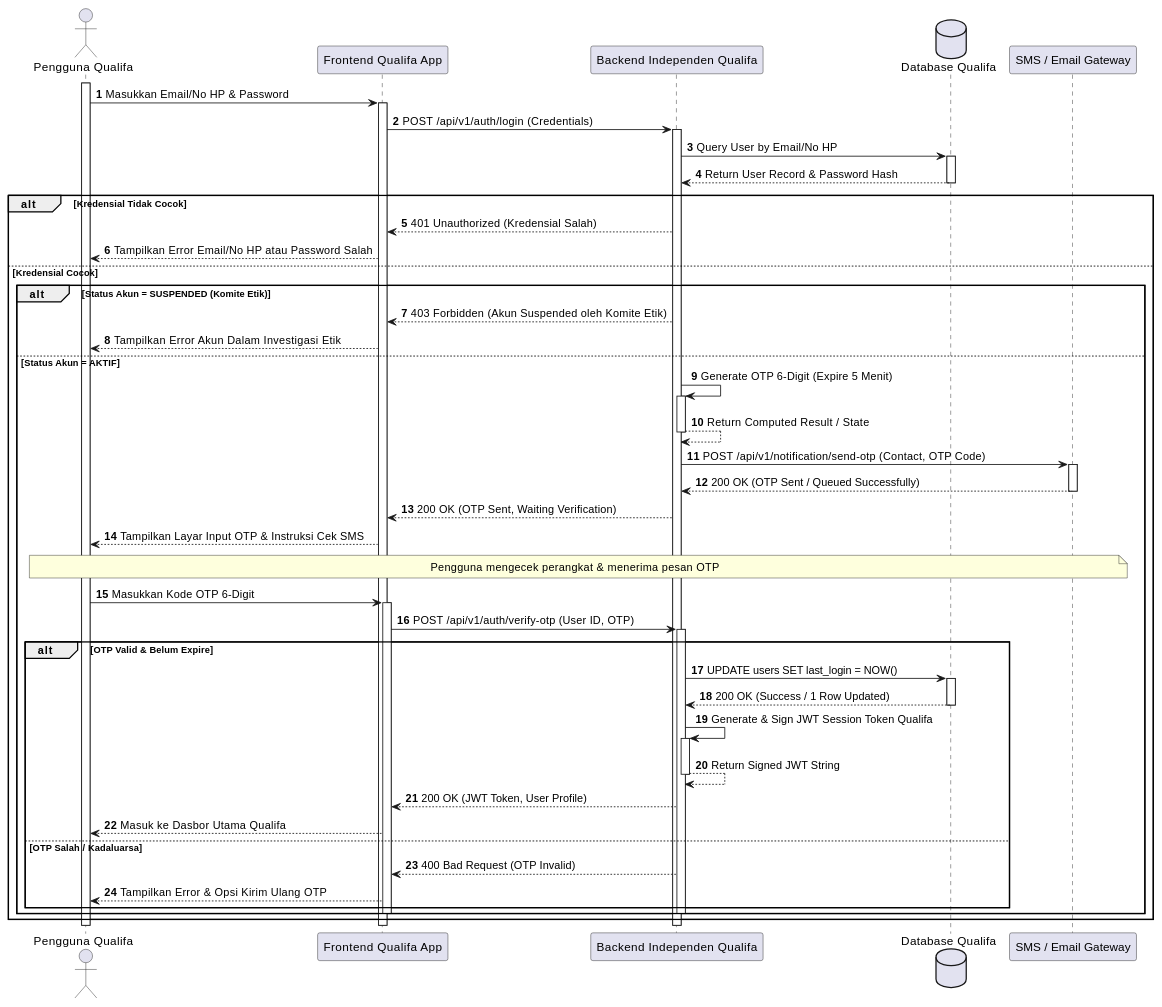
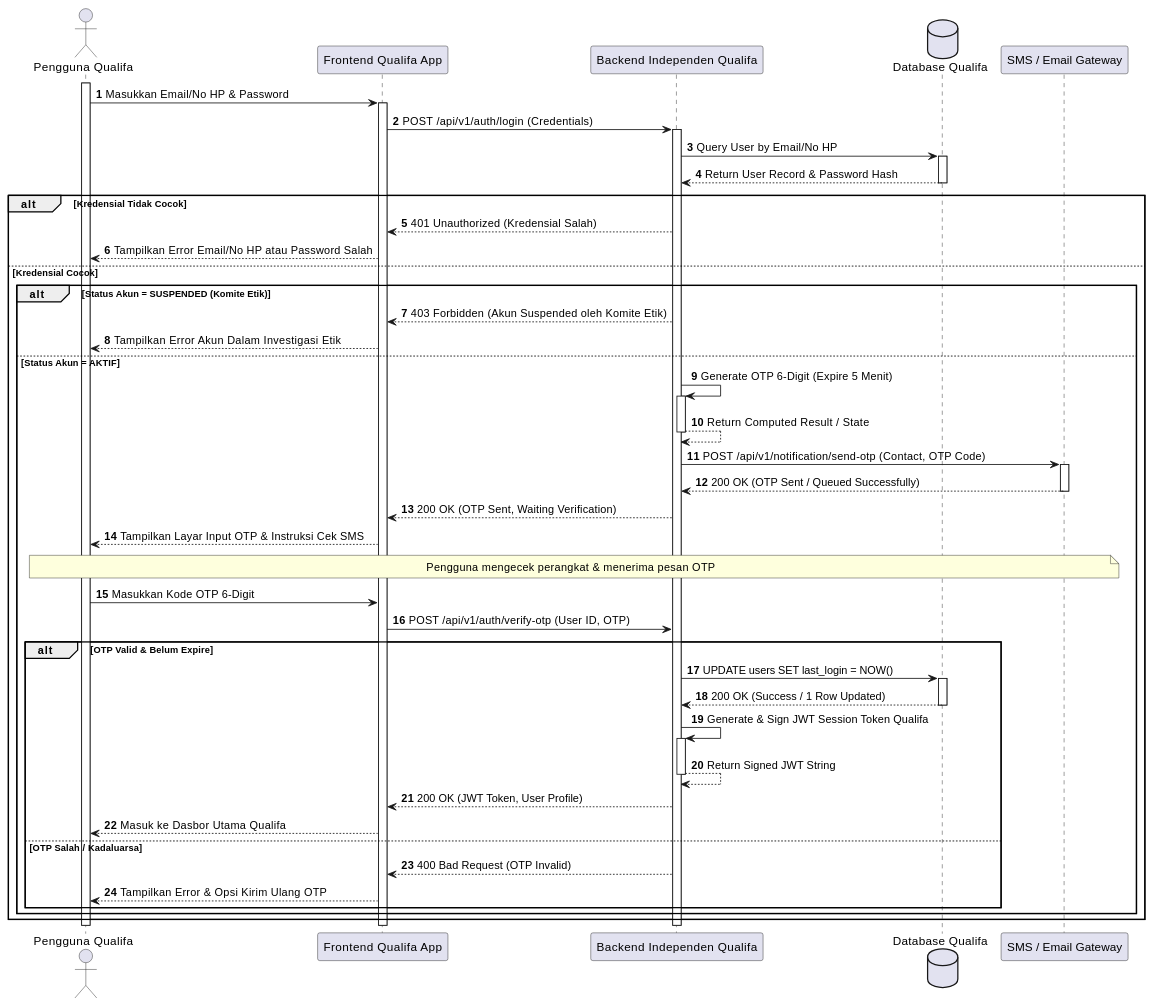
One commit to tupperwureism/SuperApp-Gagal changed diagram 17 of 27 in MarkDown/plantuml_sequence_diagrams.md. Above: the diagram before and after it, drawn with PlantUML. The commit also changed other lines of this file and 3 other files, not shown here.

Commit message:
fix(uml): enforce Continuous Activation Rule across alt/else/loop branches in SD-J-01, SD-Q-01, SD-J-02, SD-Q-02, SD-J-04, SD-Q-04, and SD-J-07 by removing premature deactivations and standalone activates

````diff
--- a/MarkDown/plantuml_sequence_diagrams.md
+++ b/MarkDown/plantuml_sequence_diagrams.md
@@ -965,55 +928,53 @@
 ```plantuml
 @startuml
 autonumber
 actor "Pengguna Qualifa" as User
 participant "Frontend Qualifa App" as FE
 participant "Backend Independen Qualifa" as BE
 database "Database Qualifa" as DB
 participant "SMS / Email Gateway" as SMS
 
 activate User
 User -> FE ++ : Masukkan Email/No HP & Password
 FE -> BE ++ : POST /api/v1/auth/login (Credentials)
 
 BE -> DB ++ : Query User by Email/No HP
 DB --> BE -- : Return User Record & Password Hash
 
 alt Kredensial Tidak Cocok
     BE --> FE : 401 Unauthorized (Kredensial Salah)
     FE --> User : Tampilkan Error Email/No HP atau Password Salah
 else Kredensial Cocok
     alt Status Akun = SUSPENDED (Komite Etik)
         BE --> FE : 403 Forbidden (Akun Suspended oleh Komite Etik)
         FE --> User : Tampilkan Error Akun Dalam Investigasi Etik
     else Status Akun = AKTIF
         BE -> BE ++ : Generate OTP 6-Digit (Expire 5 Menit)
         BE --> BE -- : Return Computed Result / State
         BE -> SMS ++ : POST /api/v1/notification/send-otp (Contact, OTP Code)
         SMS --> BE -- : 200 OK (OTP Sent / Queued Successfully)
         BE --> FE : 200 OK (OTP Sent, Waiting Verification)
         FE --> User : Tampilkan Layar Input OTP & Instruksi Cek SMS
         note over User, SMS : Pengguna mengecek perangkat & menerima pesan OTP
         
-        User -> FE ++ : Masukkan Kode OTP 6-Digit
-        FE -> BE ++ : POST /api/v1/auth/verify-otp (User ID, OTP)
+        User -> FE : Masukkan Kode OTP 6-Digit
+        FE -> BE : POST /api/v1/auth/verify-otp (User ID, OTP)
         
         alt OTP Valid & Belum Expire
             BE -> DB ++ : UPDATE users SET last_login = NOW()
             DB --> BE -- : 200 OK (Success / 1 Row Updated)
             BE -> BE ++ : Generate & Sign JWT Session Token Qualifa
             BE --> BE -- : Return Signed JWT String
             BE --> FE : 200 OK (JWT Token, User Profile)
             FE --> User : Masuk ke Dasbor Utama Qualifa
         else OTP Salah / Kadaluarsa
             BE --> FE : 400 Bad Request (OTP Invalid)
             FE --> User : Tampilkan Error & Opsi Kirim Ulang OTP
         end
-        deactivate BE
-        deactivate FE
     end
 end
 deactivate BE
 deactivate FE
 deactivate User
 @enduml
 ```
````
